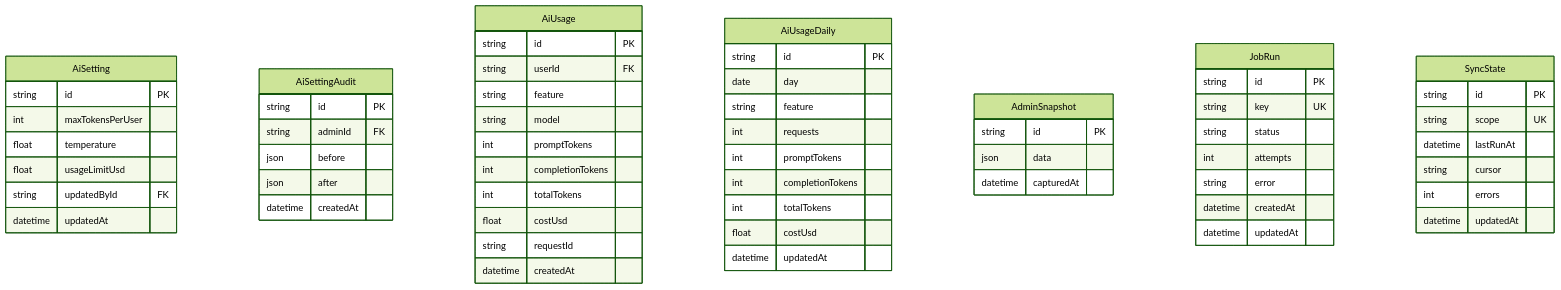
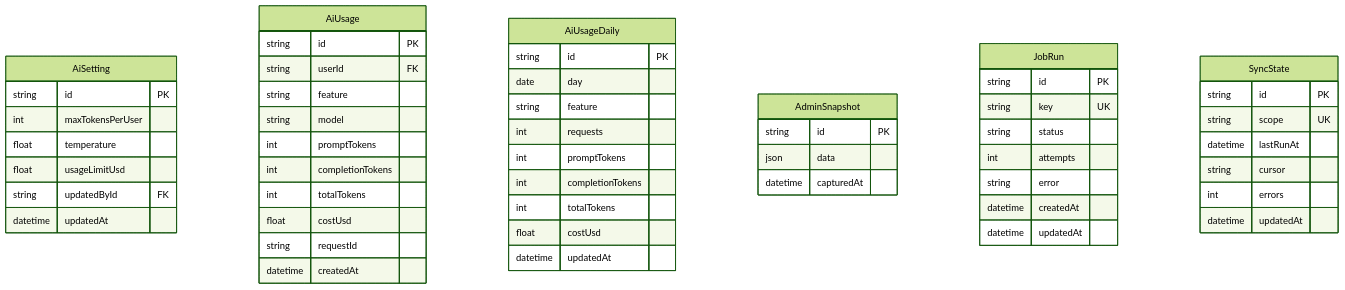
The tenth of 10 diagrams in docs/pm/pm1/Docker & DB.md (Slim-Hady/OpenPath), drawn with Mermaid (forest theme) before and after one commit. The commit also changed other lines of this file and 67 other files, not shown here.

````diff
--- a/docs/pm/pm1/Docker & DB.md
+++ b/docs/pm/pm1/Docker & DB.md
@@ -1087,63 +1167,56 @@
 ```mermaid
 erDiagram
   AiSetting {
     string id PK
     int maxTokensPerUser
     float temperature
     float usageLimitUsd
     string updatedById FK
     datetime updatedAt
-  }
-  AiSettingAudit {
-    string id PK
-    string adminId FK
-    json before
-    json after
-    datetime createdAt
   }
   AiUsage {
     string id PK
     string userId FK
     string feature
     string model
     int promptTokens
     int completionTokens
     int totalTokens
     float costUsd
     string requestId
     datetime createdAt
   }
   AiUsageDaily {
     string id PK
     date day
     string feature
     int requests
     int promptTokens
     int completionTokens
     int totalTokens
     float costUsd
     datetime updatedAt
   }
   AdminSnapshot {
     string id PK
     json data
     datetime capturedAt
   }
   JobRun {
     string id PK
     string key UK
     string status
     int attempts
     string error
     datetime createdAt
     datetime updatedAt
   }
   SyncState {
     string id PK
     string scope UK
     datetime lastRunAt
     string cursor
     int errors
     datetime updatedAt
   }
 ```
````
